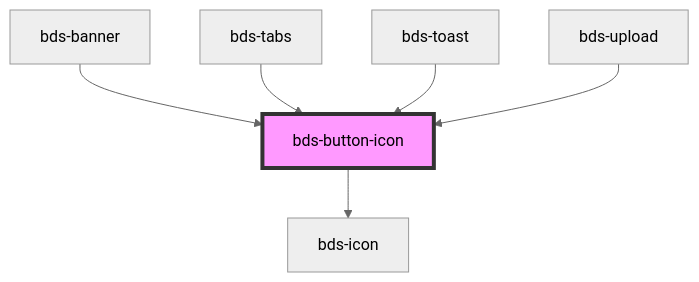
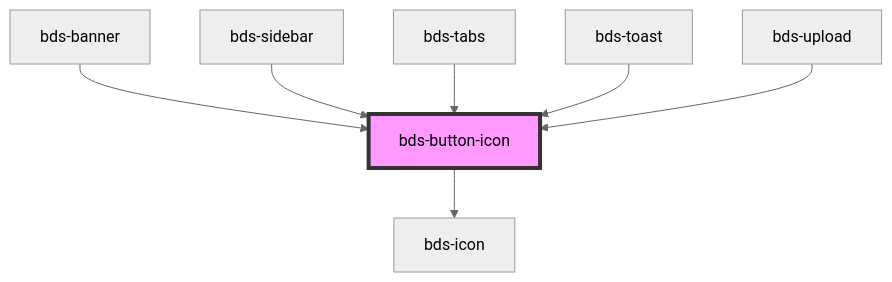
Before and after one commit to takenet/blip-ds: the diagram in src/components/icon-button/readme.md, drawn with Mermaid (neutral theme). The commit also changed other lines of this file and 5 other files, not shown here.

````diff
--- a/src/components/icon-button/readme.md
+++ b/src/components/icon-button/readme.md
@@ -32,9 +33,10 @@
 ```mermaid
 graph TD;
   bds-button-icon --> bds-icon
   bds-banner --> bds-button-icon
+  bds-sidebar --> bds-button-icon
   bds-tabs --> bds-button-icon
   bds-toast --> bds-button-icon
   bds-upload --> bds-button-icon
   style bds-button-icon fill:#f9f,stroke:#333,stroke-width:4px
 ```
````
